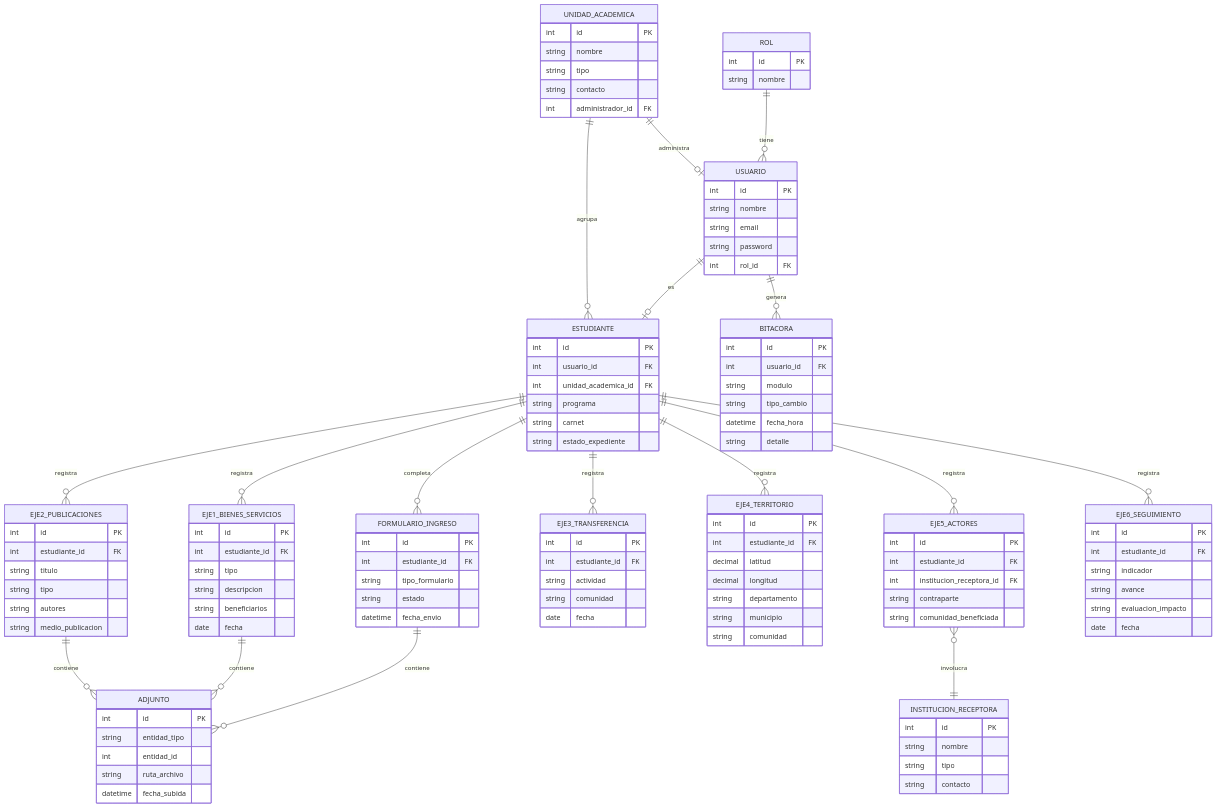
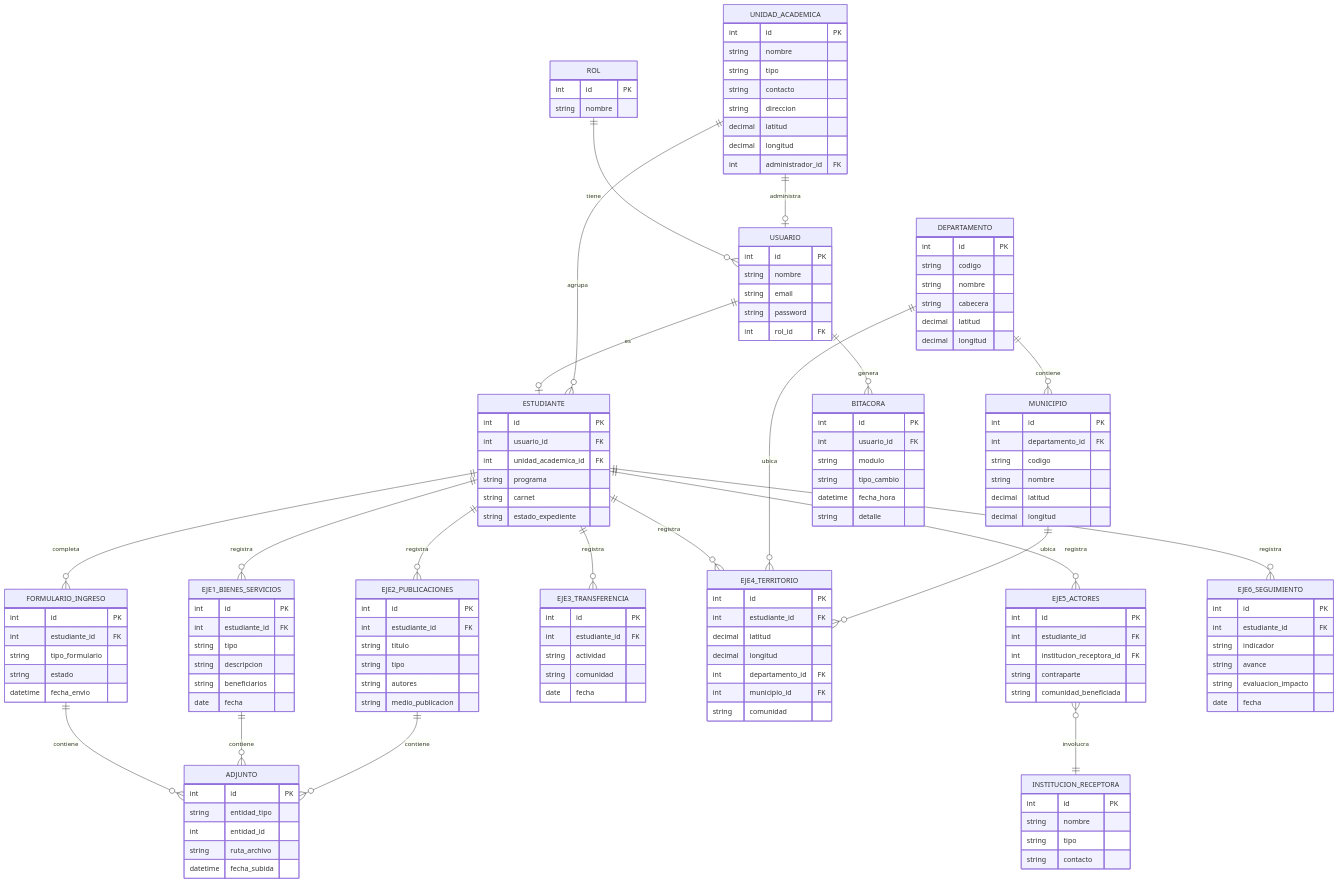
Before and after one commit to hxrxd10/epsnet: the diagram in docs/der.mermaid, drawn with Mermaid. The commit also changed 72 other files, not shown here.

```diff
--- a/docs/der.mermaid
+++ b/docs/der.mermaid
@@ -1,119 +1,141 @@
 erDiagram
     ROL {
         int id PK
         string nombre
     }
     USUARIO {
         int id PK
         string nombre
         string email
         string password
         int rol_id FK
     }
     UNIDAD_ACADEMICA {
         int id PK
         string nombre
         string tipo
         string contacto
+        string direccion
+        decimal latitud
+        decimal longitud
         int administrador_id FK
+    }
+    DEPARTAMENTO {
+        int id PK
+        string codigo
+        string nombre
+        string cabecera
+        decimal latitud
+        decimal longitud
+    }
+    MUNICIPIO {
+        int id PK
+        int departamento_id FK
+        string codigo
+        string nombre
+        decimal latitud
+        decimal longitud
     }
     ESTUDIANTE {
         int id PK
         int usuario_id FK
         int unidad_academica_id FK
         string programa
         string carnet
         string estado_expediente
     }
     FORMULARIO_INGRESO {
         int id PK
         int estudiante_id FK
         string tipo_formulario
         string estado
         datetime fecha_envio
     }
     EJE1_BIENES_SERVICIOS {
         int id PK
         int estudiante_id FK
         string tipo
         string descripcion
         string beneficiarios
         date fecha
     }
     EJE2_PUBLICACIONES {
         int id PK
         int estudiante_id FK
         string titulo
         string tipo
         string autores
         string medio_publicacion
     }
     EJE3_TRANSFERENCIA {
         int id PK
         int estudiante_id FK
         string actividad
         string comunidad
         date fecha
     }
     EJE4_TERRITORIO {
         int id PK
         int estudiante_id FK
         decimal latitud
         decimal longitud
-        string departamento
-        string municipio
+        int departamento_id FK
+        int municipio_id FK
         string comunidad
     }
     EJE5_ACTORES {
         int id PK
         int estudiante_id FK
         int institucion_receptora_id FK
         string contraparte
         string comunidad_beneficiada
     }
     INSTITUCION_RECEPTORA {
         int id PK
         string nombre
         string tipo
         string contacto
     }
     EJE6_SEGUIMIENTO {
         int id PK
         int estudiante_id FK
         string indicador
         string avance
         string evaluacion_impacto
         date fecha
     }
     BITACORA {
         int id PK
         int usuario_id FK
         string modulo
         string tipo_cambio
         datetime fecha_hora
         string detalle
     }
     ADJUNTO {
         int id PK
         string entidad_tipo
         int entidad_id
         string ruta_archivo
         datetime fecha_subida
     }
 
     ROL ||--o{ USUARIO : tiene
     USUARIO ||--o| ESTUDIANTE : es
     UNIDAD_ACADEMICA ||--o{ ESTUDIANTE : agrupa
     UNIDAD_ACADEMICA ||--o| USUARIO : administra
     ESTUDIANTE ||--o{ FORMULARIO_INGRESO : completa
     ESTUDIANTE ||--o{ EJE1_BIENES_SERVICIOS : registra
     ESTUDIANTE ||--o{ EJE2_PUBLICACIONES : registra
     ESTUDIANTE ||--o{ EJE3_TRANSFERENCIA : registra
     ESTUDIANTE ||--o{ EJE4_TERRITORIO : registra
     ESTUDIANTE ||--o{ EJE5_ACTORES : registra
     ESTUDIANTE ||--o{ EJE6_SEGUIMIENTO : registra
+    DEPARTAMENTO ||--o{ MUNICIPIO : contiene
+    DEPARTAMENTO ||--o{ EJE4_TERRITORIO : ubica
+    MUNICIPIO ||--o{ EJE4_TERRITORIO : ubica
     EJE5_ACTORES }o--|| INSTITUCION_RECEPTORA : involucra
     USUARIO ||--o{ BITACORA : genera
     FORMULARIO_INGRESO ||--o{ ADJUNTO : contiene
     EJE1_BIENES_SERVICIOS ||--o{ ADJUNTO : contiene
     EJE2_PUBLICACIONES ||--o{ ADJUNTO : contiene
```
